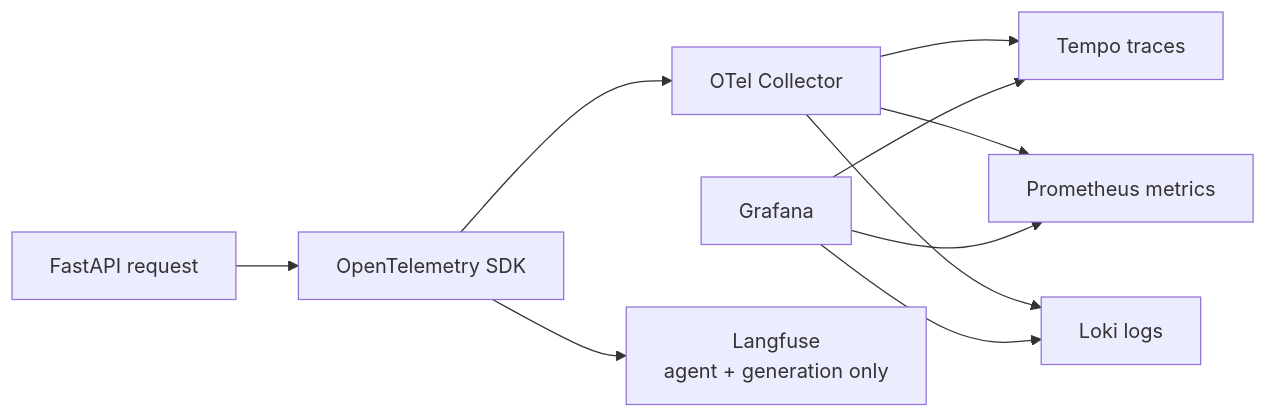
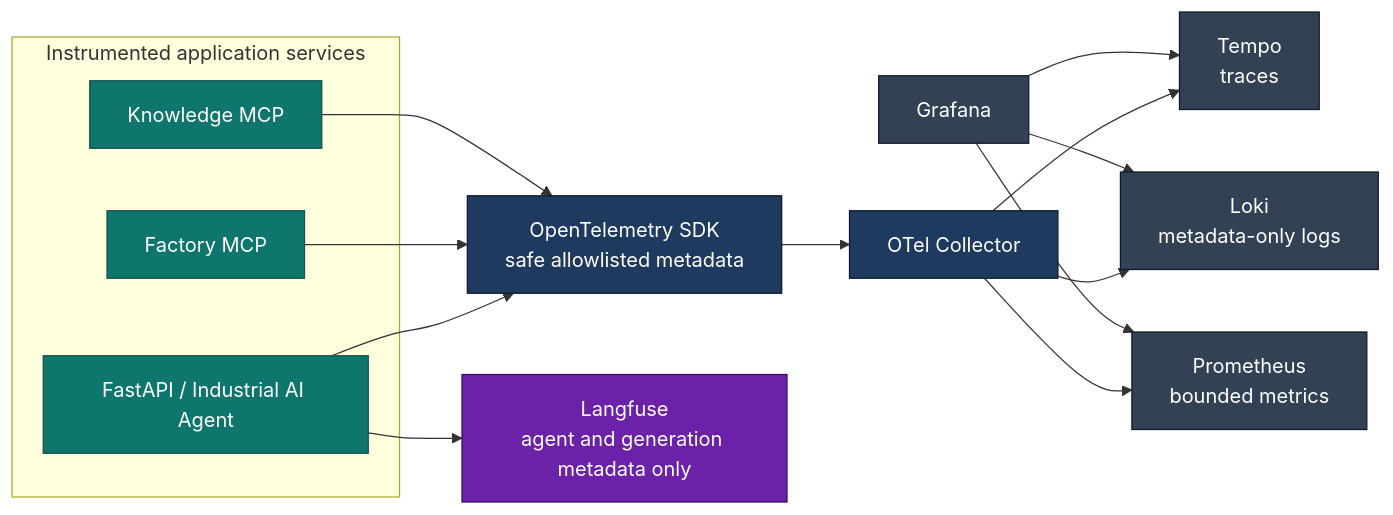
Before and after one commit to aboerzel/industrial-ai-agent: the first of 4 diagrams in docs/architecture/observability.md, drawn with Mermaid. The commit also changed other lines of this file and 7 other files, not shown here.

Commit message:
docs: polish release documentation and architecture

````diff
--- a/docs/architecture/observability.md
+++ b/docs/architecture/observability.md
@@ -21,12 +21,28 @@
 ```mermaid
 flowchart LR
-    API["FastAPI request"] --> OTel["OpenTelemetry SDK"]
-    OTel --> Collector["OTel Collector"]
-    Collector --> Tempo["Tempo traces"]
-    Collector --> Prometheus["Prometheus metrics"]
-    Collector --> Loki["Loki logs"]
+    subgraph App["Instrumented application services"]
+        API["FastAPI / Industrial AI Agent"]
+        Factory["Factory MCP"]
+        Knowledge["Knowledge MCP"]
+    end
+    SDK["OpenTelemetry SDK<br/>safe allowlisted metadata"] --> Collector["OTel Collector"]
+    API --> SDK
+    Factory --> SDK
+    Knowledge --> SDK
+    Collector --> Tempo["Tempo<br/>traces"]
+    Collector --> Loki["Loki<br/>metadata-only logs"]
+    Collector --> Prometheus["Prometheus<br/>bounded metrics"]
     Grafana["Grafana"] --> Tempo
+    Grafana --> Loki
     Grafana --> Prometheus
-    Grafana --> Loki
-    OTel --> Langfuse["Langfuse\nagent + generation only"]
+    API --> Langfuse["Langfuse<br/>agent and generation metadata only"]
+
+    classDef app fill:#0f766e,stroke:#134e4a,color:#ffffff
+    classDef pipeline fill:#1e3a5f,stroke:#0f172a,color:#ffffff
+    classDef backend fill:#334155,stroke:#0f172a,color:#ffffff
+    classDef metadata fill:#6b21a8,stroke:#3b0764,color:#ffffff
+    class API,Factory,Knowledge app
+    class SDK,Collector pipeline
+    class Tempo,Loki,Prometheus,Grafana backend
+    class Langfuse metadata
 ```
````
